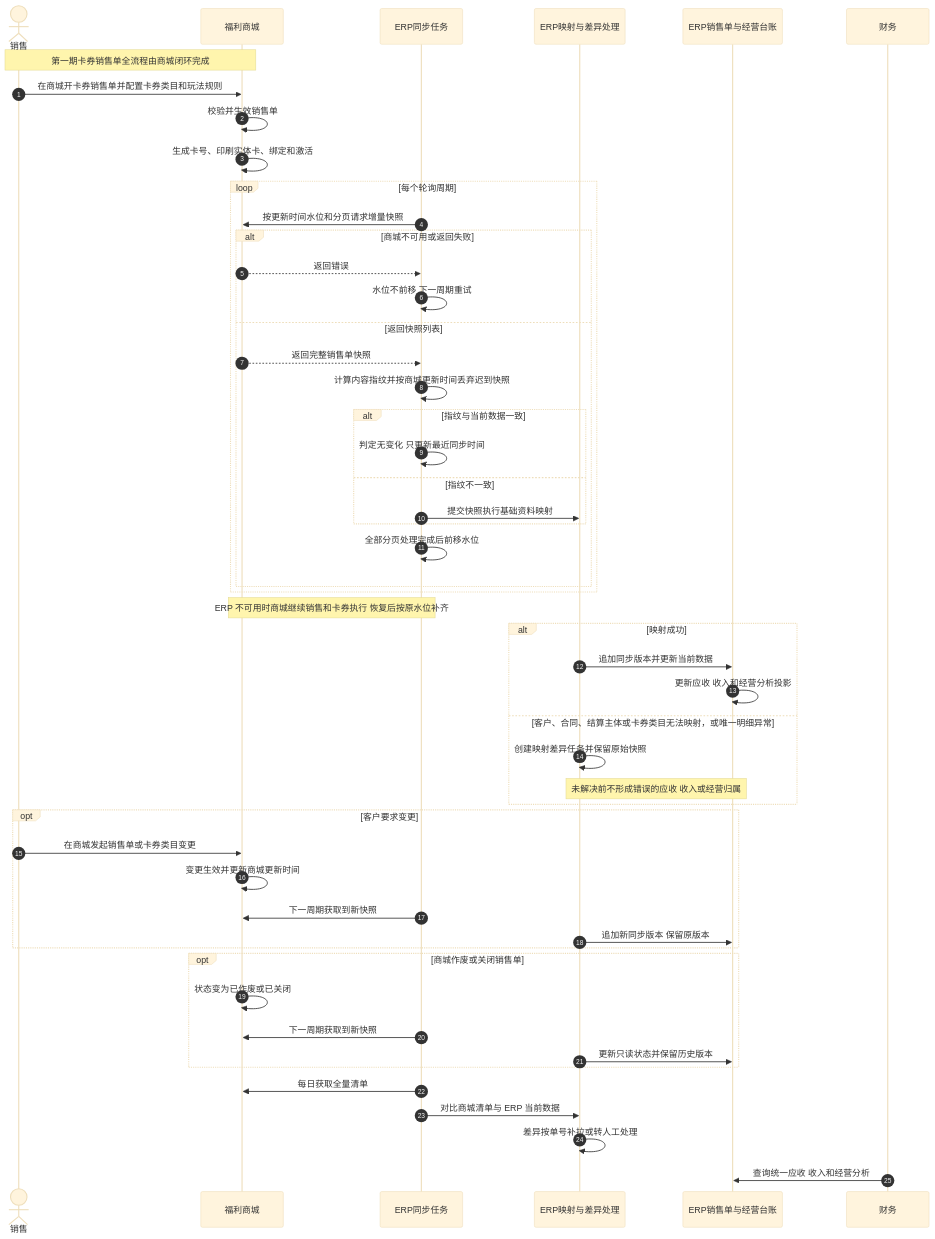
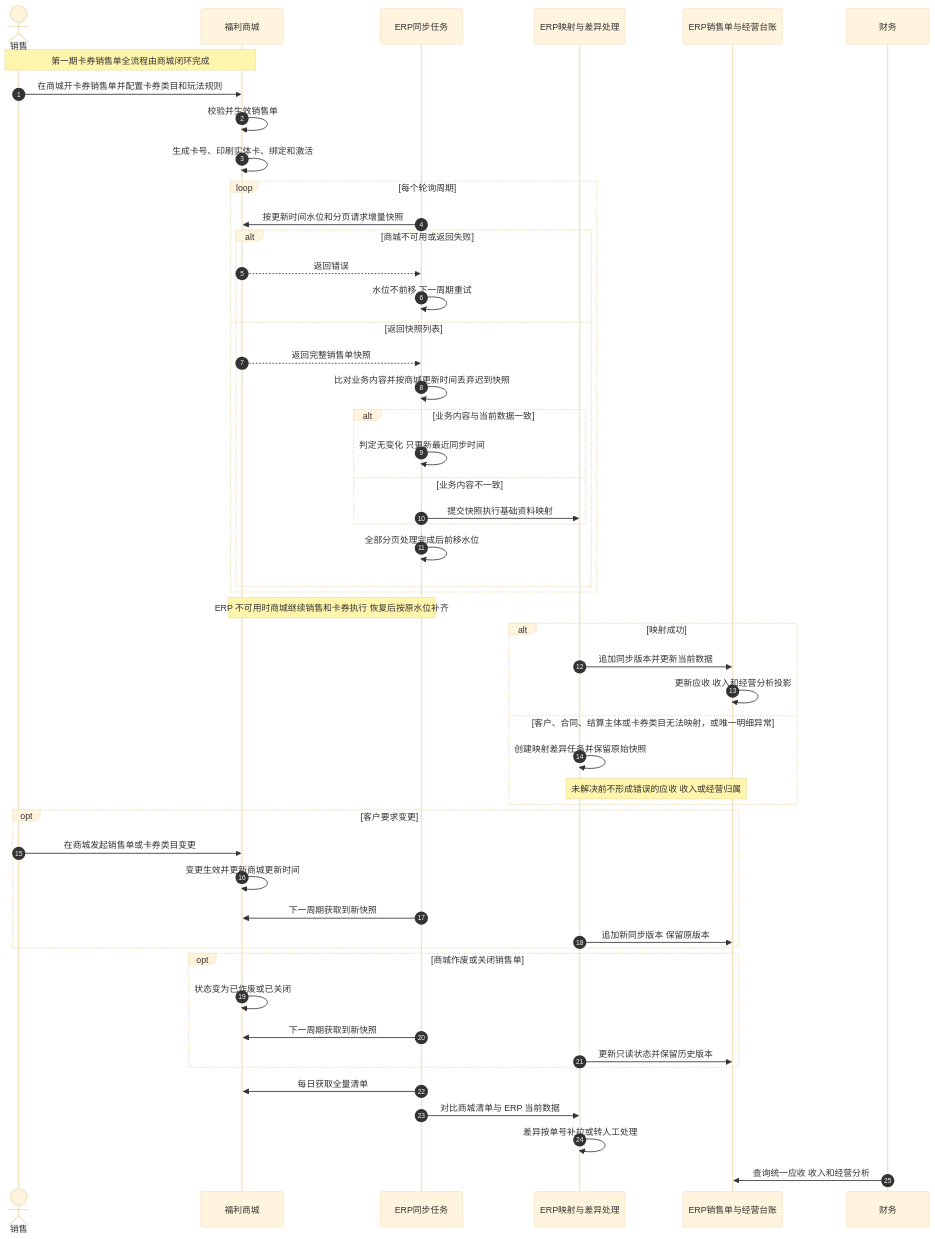
Diagram 11 of 11 in docs/erp-phase-1.md (mztlive/erp), drawn with Mermaid (base theme) before and after one commit. The commit also changed other lines of this file and 137 other files, not shown here.

````diff
--- a/docs/erp-phase-1.md
+++ b/docs/erp-phase-1.md
@@ -916,60 +915,60 @@
 ```mermaid
 sequenceDiagram
   autonumber
   actor 销售
   participant 商城 as 福利商城
   participant 同步 as ERP同步任务
   participant 映射 as ERP映射与差异处理
   participant 台账 as ERP销售单与经营台账
   participant 财务
 
   Note over 销售,商城: 第一期卡券销售单全流程由商城闭环完成
   销售->>商城: 在商城开卡券销售单并配置卡券类目和玩法规则
   商城->>商城: 校验并生效销售单
   商城->>商城: 生成卡号、印刷实体卡、绑定和激活
 
   loop 每个轮询周期
     同步->>商城: 按更新时间水位和分页请求增量快照
     alt 商城不可用或返回失败
       商城-->>同步: 返回错误
       同步->>同步: 水位不前移 下一周期重试
     else 返回快照列表
       商城-->>同步: 返回完整销售单快照
-      同步->>同步: 计算内容指纹并按商城更新时间丢弃迟到快照
-      alt 指纹与当前数据一致
+      同步->>同步: 比对业务内容并按商城更新时间丢弃迟到快照
+      alt 业务内容与当前数据一致
         同步->>同步: 判定无变化 只更新最近同步时间
-      else 指纹不一致
+      else 业务内容不一致
         同步->>映射: 提交快照执行基础资料映射
       end
       同步->>同步: 全部分页处理完成后前移水位
     end
   end
 
   Note over 商城,同步: ERP 不可用时商城继续销售和卡券执行 恢复后按原水位补齐
 
   alt 映射成功
     映射->>台账: 追加同步版本并更新当前数据
     台账->>台账: 更新应收 收入和经营分析投影
   else 客户、合同、结算主体或卡券类目无法映射，或唯一明细异常
     映射->>映射: 创建映射差异任务并保留原始快照
     Note over 映射,台账: 未解决前不形成错误的应收 收入或经营归属
   end
 
   opt 客户要求变更
     销售->>商城: 在商城发起销售单或卡券类目变更
     商城->>商城: 变更生效并更新商城更新时间
     同步->>商城: 下一周期获取到新快照
     映射->>台账: 追加新同步版本 保留原版本
   end
 
   opt 商城作废或关闭销售单
     商城->>商城: 状态变为已作废或已关闭
     同步->>商城: 下一周期获取到新快照
     映射->>台账: 更新只读状态并保留历史版本
   end
 
   同步->>商城: 每日获取全量清单
   同步->>映射: 对比商城清单与 ERP 当前数据
   映射->>映射: 差异按单号补拉或转人工处理
   财务->>台账: 查询统一应收 收入和经营分析
 ```
````
